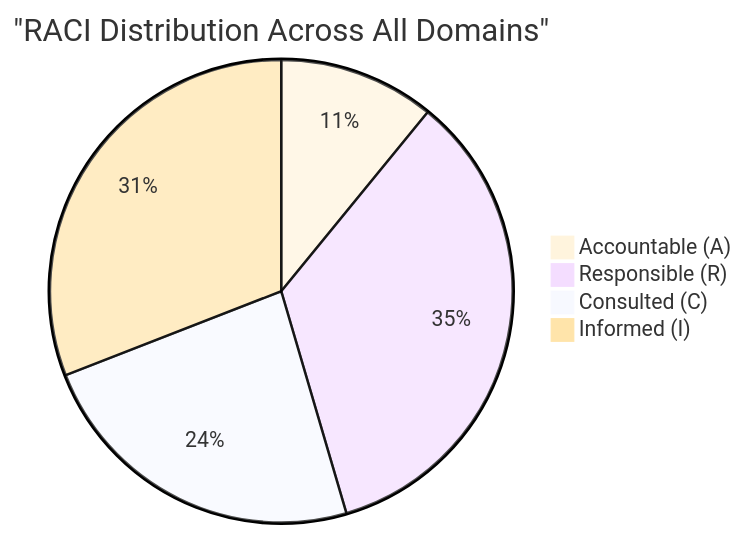
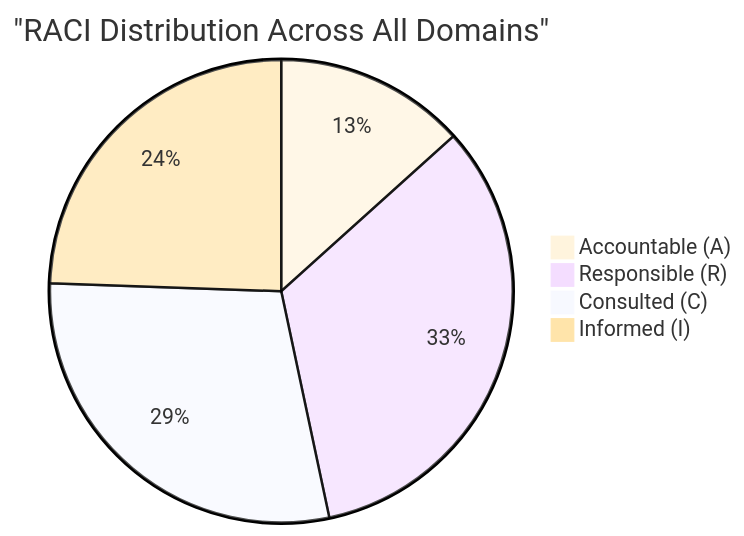
The fourth of 4 diagrams in 02-AIRCRAFT/MODEL_IDENTIFICATION/AMPEL360-AIR-T/ARCH/BWB-H2-Hy-E/FAMILY/Q100_STD01/DOMAIN_RACI_MATRIX.md (IDEALE-eu/IDEALEEU.EU), drawn with Mermaid before and after one commit.

Commit message:
Fix RACI pie chart counts to match actual matrix

````diff
--- a/02-AIRCRAFT/MODEL_IDENTIFICATION/AMPEL360-AIR-T/ARCH/BWB-H2-Hy-E/FAMILY/Q100_STD01/DOMAIN_RACI_MATRIX.md
+++ b/02-AIRCRAFT/MODEL_IDENTIFICATION/AMPEL360-AIR-T/ARCH/BWB-H2-Hy-E/FAMILY/Q100_STD01/DOMAIN_RACI_MATRIX.md
@@ -192,8 +192,8 @@
 ```mermaid
 %%{init: {'theme':'base', 'themeVariables': { 'fontSize':'12px'}}}%%
 pie title "RACI Distribution Across All Domains"
     "Accountable (A)" : 6
-    "Responsible (R)" : 19
+    "Responsible (R)" : 15
     "Consulted (C)" : 13
-    "Informed (I)" : 17
+    "Informed (I)" : 11
 ```
````
